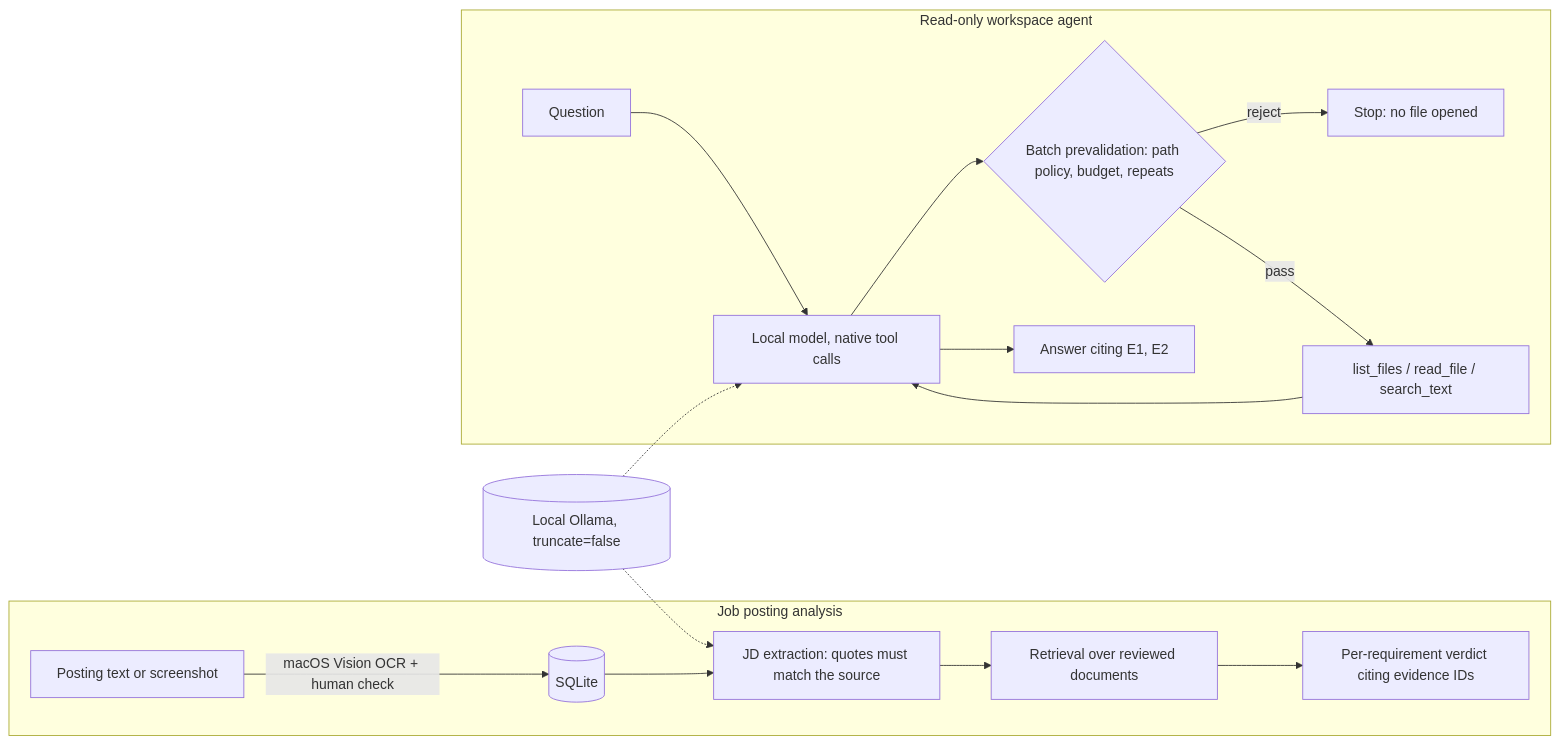
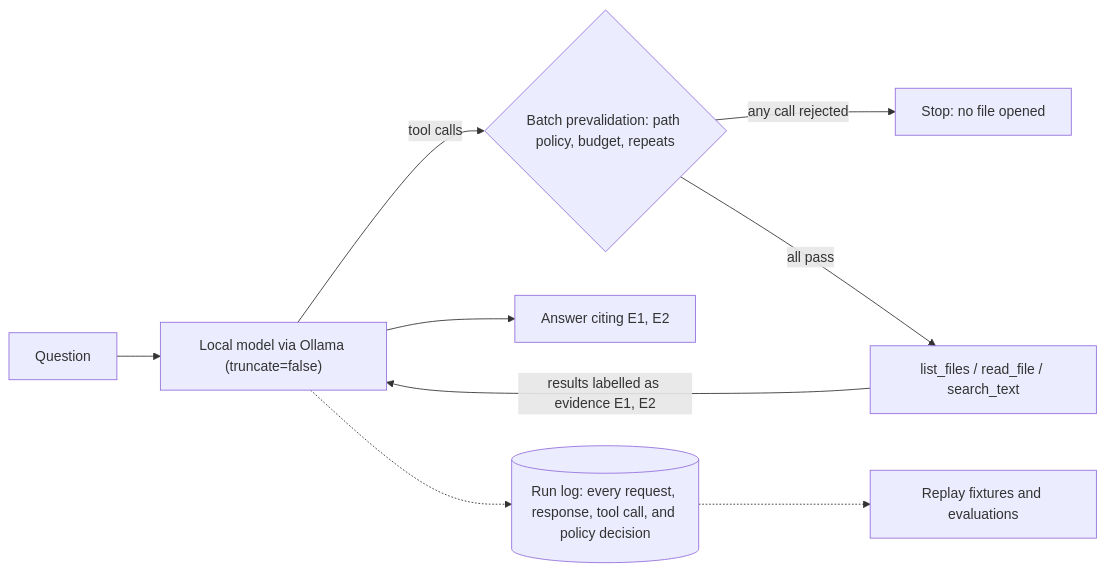
Before and after one commit to chan12-photo/ai_job_agent: the diagram in README.md, drawn with Mermaid. The commit also changed other lines of this file and 86 other files, not shown here.

````diff
--- a/README.md
+++ b/README.md
@@ -70,19 +56,11 @@
 ```mermaid
 flowchart LR
-  subgraph JOB["Job posting analysis"]
-    P["Posting text or screenshot"] -->|"macOS Vision OCR + human check"| DB[("SQLite")]
-    DB --> X["JD extraction: quotes must match the source"]
-    X --> R["Retrieval over reviewed documents"]
-    R --> V["Per-requirement verdict citing evidence IDs"]
-  end
-  subgraph AGENT["Read-only workspace agent"]
-    Q["Question"] --> M["Local model, native tool calls"]
-    M --> B{"Batch prevalidation: path policy, budget, repeats"}
-    B -->|reject| S["Stop: no file opened"]
-    B -->|pass| T["list_files / read_file / search_text"]
-    T --> M
-    M --> A["Answer citing E1, E2"]
-  end
-  O[("Local Ollama, truncate=false")] -.-> X
-  O -.-> M
+  Q["Question"] --> M["Local model via Ollama (truncate=false)"]
+  M -->|tool calls| B{"Batch prevalidation: path policy, budget, repeats"}
+  B -->|any call rejected| S["Stop: no file opened"]
+  B -->|all pass| T["list_files / read_file / search_text"]
+  T -->|"results labelled as evidence E1, E2"| M
+  M --> A["Answer citing E1, E2"]
+  M -.-> L[("Run log: every request, response, tool call, and policy decision")]
+  L -.-> R["Replay fixtures and evaluations"]
 ```
````
